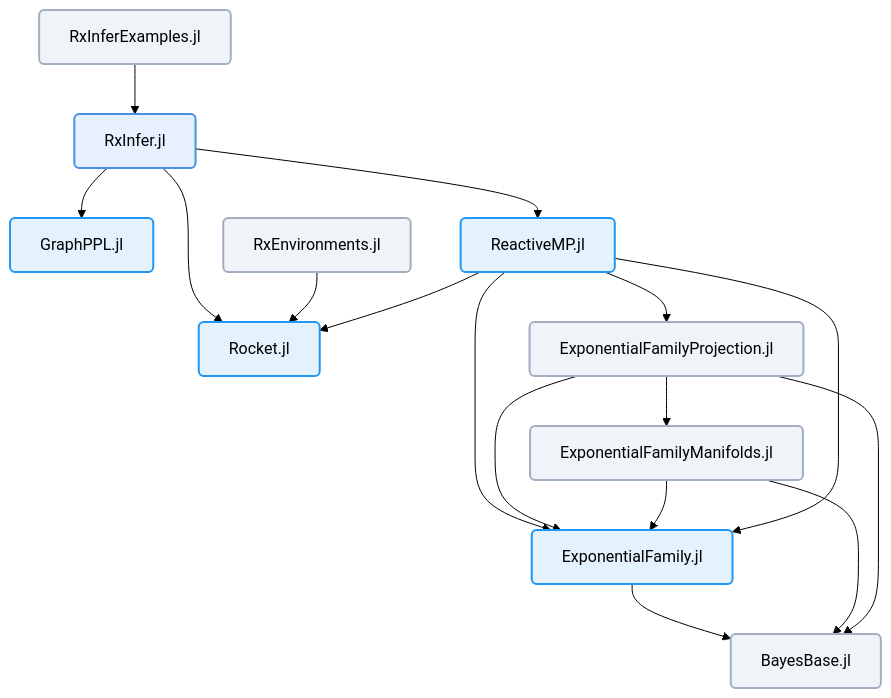
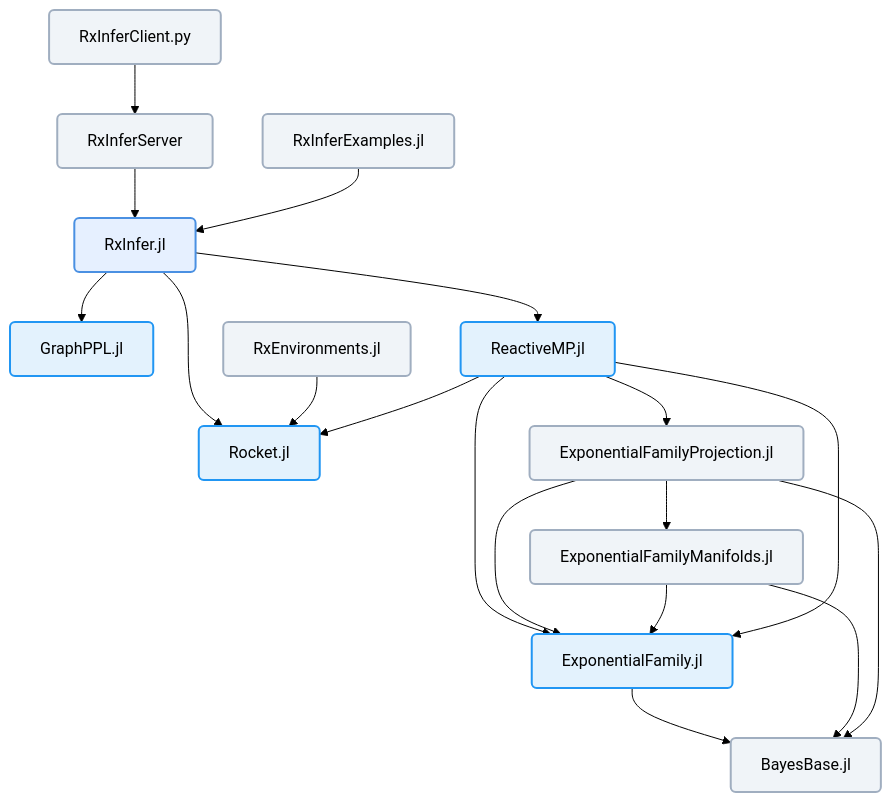
The diagram in profile/README.md (ReactiveBayes/.github), drawn with Mermaid (forest theme) before and after one commit. The commit also changed other lines of this file, not shown here.

Commit message:
add references to RxInferServer and Python SDK

````diff
--- a/profile/README.md
+++ b/profile/README.md
@@ -7,46 +7,50 @@
 ```mermaid 
 graph TD
     %% Node definitions
     RxInfer["RxInfer.jl"]
     RxInferExamples["RxInferExamples.jl"]
     GraphPPL["GraphPPL.jl"]
     ReactiveMP["ReactiveMP.jl"]
     Rocket["Rocket.jl"]
     RxEnvironments["RxEnvironments.jl"]
     ExponentialFamily["ExponentialFamily.jl"]
     ExponentialFamilyProjection["ExponentialFamilyProjection.jl"]
     ExponentialFamilyManifolds["ExponentialFamilyManifolds.jl"]
     BayesBase["BayesBase.jl"]
+    RxInferServer["RxInferServer"]
+    RxInferClient["RxInferClient.py"]
 
     %% Connections
     RxInfer --> GraphPPL
     RxInfer --> ReactiveMP
     RxInfer --> Rocket
 
+    RxInferServer --> RxInfer
+    RxInferClient --> RxInferServer
     RxEnvironments --> Rocket
 
     RxInferExamples --> RxInfer
     
     ReactiveMP --> ExponentialFamily
     ReactiveMP --> ExponentialFamilyProjection
     ReactiveMP --> Rocket
     
     ExponentialFamilyProjection --> ExponentialFamilyManifolds
     ExponentialFamilyProjection --> ExponentialFamily
     ExponentialFamilyManifolds --> ExponentialFamily
     
     ReactiveMP --> ExponentialFamily
     
     ExponentialFamily --> BayesBase
     ExponentialFamilyManifolds --> BayesBase
     ExponentialFamilyProjection --> BayesBase
 
     %% Node styling
     classDef default fill:#f0f4f8,stroke:#a0aec0,stroke-width:2px,rx:5px,text-decoration:none,color:#000;
     classDef rxi fill:#e6f0ff,stroke:#4a90e2,stroke-width:2px,rx:5px,text-decoration:none,color:#000;
     classDef core fill:#e3f2fd,stroke:#2196f3,stroke-width:2px,rx:5px,text-decoration:none,color:#000;
     
     %% Apply core styling to main packages
     class ReactiveMP,GraphPPL,Rocket,ExponentialFamily core;
     class RxInfer rxi;
 ```
````
